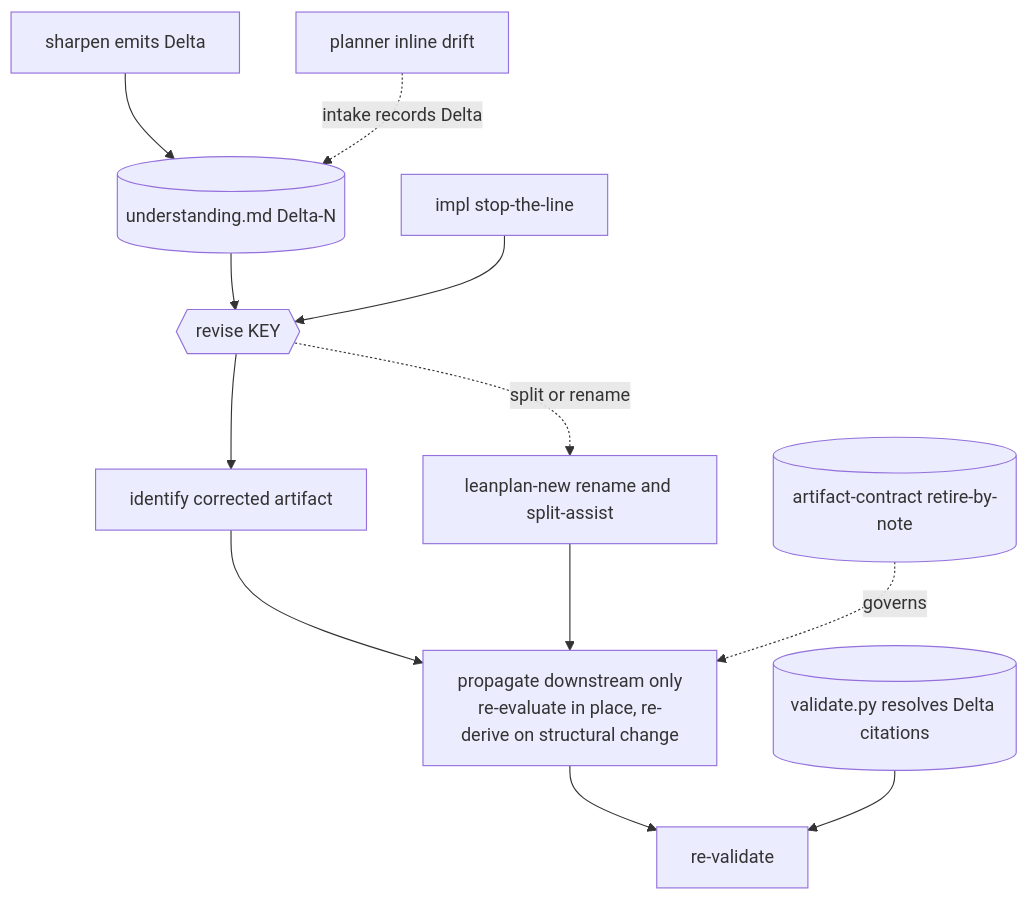
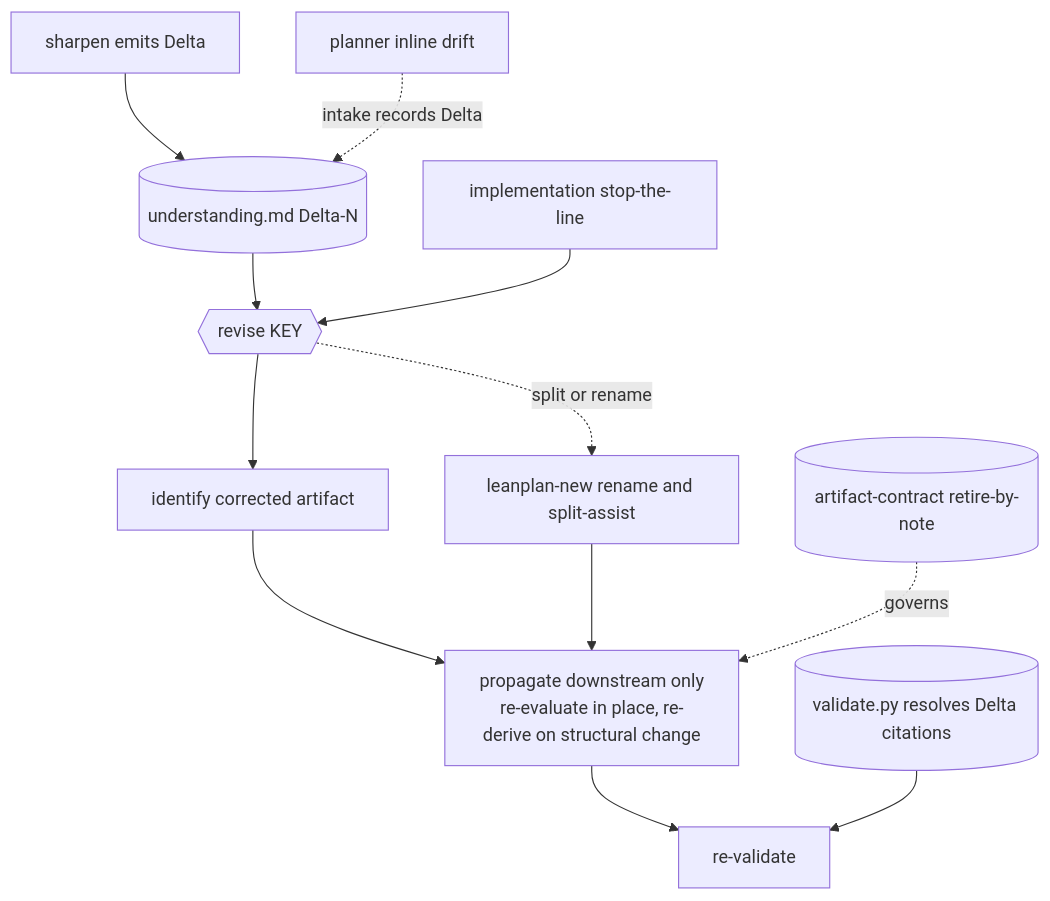
The diagram in docs/features/260620-artifact-later-update/design.md (mynghn/leanplan), drawn with Mermaid before and after one commit. The commit also changed other lines of this file and 35 other files, not shown here.

````diff
--- a/docs/features/260620-artifact-later-update/design.md
+++ b/docs/features/260620-artifact-later-update/design.md
@@ -7,14 +7,14 @@
 ```mermaid
 flowchart TD
     SH[sharpen emits Delta] --> U[(understanding.md Delta-N)]
     INL[planner inline drift] -. intake records Delta .-> U
     U --> R{{revise KEY}}
-    ISL[impl stop-the-line] --> R
+    ISL[implementation stop-the-line] --> R
     R --> ID[identify corrected artifact]
     ID --> PROP[propagate downstream only<br/>re-evaluate in place, re-derive on structural change]
     PROP --> RV[re-validate]
     R -. split or rename .-> LN[leanplan-new rename and split-assist]
     LN --> PROP
     AC[(artifact-contract retire-by-note)] -. governs .-> PROP
     VAL[(validate.py resolves Delta citations)] --> RV
 ```
````
